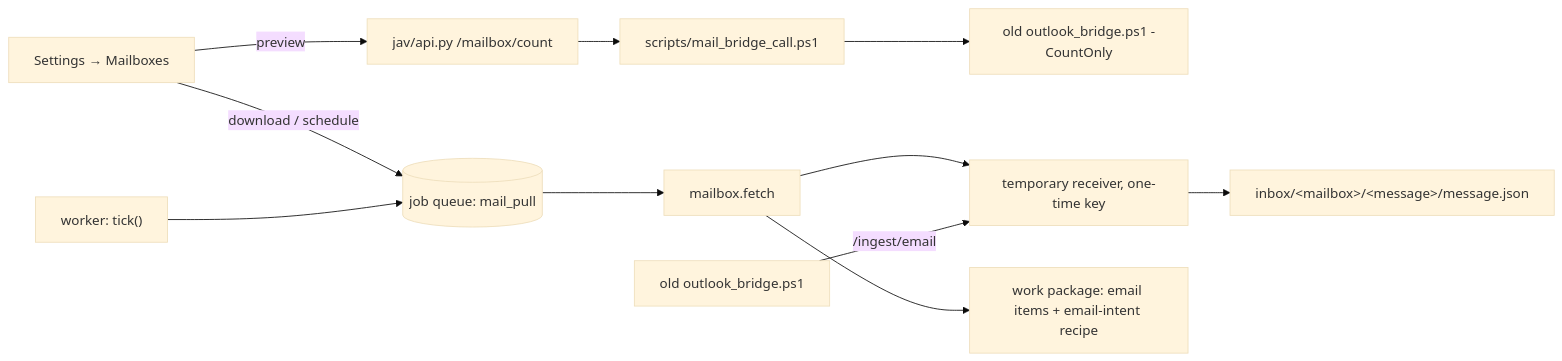
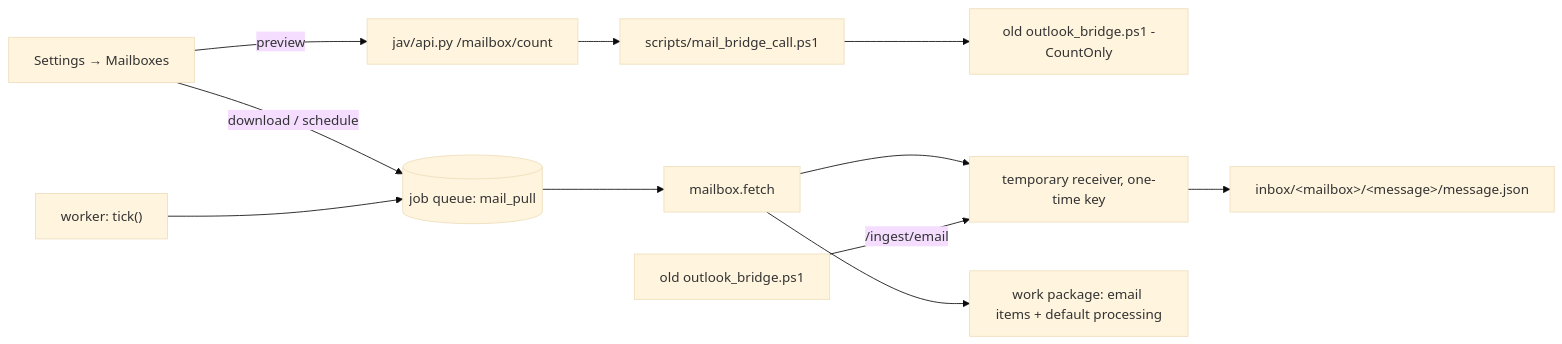
One commit to kassaiattila/58_JEV_AI changed the fourth of 4 diagrams in docs/ARCHITECTURE.md. Above: the diagram before and after it, drawn with Mermaid (base theme). The commit also changed other lines of this file and 23 other files, not shown here.

First line of the commit message:
feat(processing): one processing for every package, settings without a recipe choice (080)

````diff
--- a/docs/ARCHITECTURE.md
+++ b/docs/ARCHITECTURE.md
@@ -348,12 +349,12 @@
 ```mermaid
 flowchart LR
   UI["Settings → Mailboxes"] -->|preview| API[jav/api.py /mailbox/count]
   API --> W[scripts/mail_bridge_call.ps1] --> B[old outlook_bridge.ps1 -CountOnly]
   UI -->|download / schedule| Q[(job queue: mail_pull)]
   T["worker: tick()"] --> Q
   Q --> F[mailbox.fetch]
   F --> R[temporary receiver, one-time key]
   B2[old outlook_bridge.ps1] -->|/ingest/email| R
   R --> I[inbox/&lt;mailbox&gt;/&lt;message&gt;/message.json]
-  F --> WP[work package: email items + email-intent recipe]
+  F --> WP[work package: email items + default processing]
 ```
````
